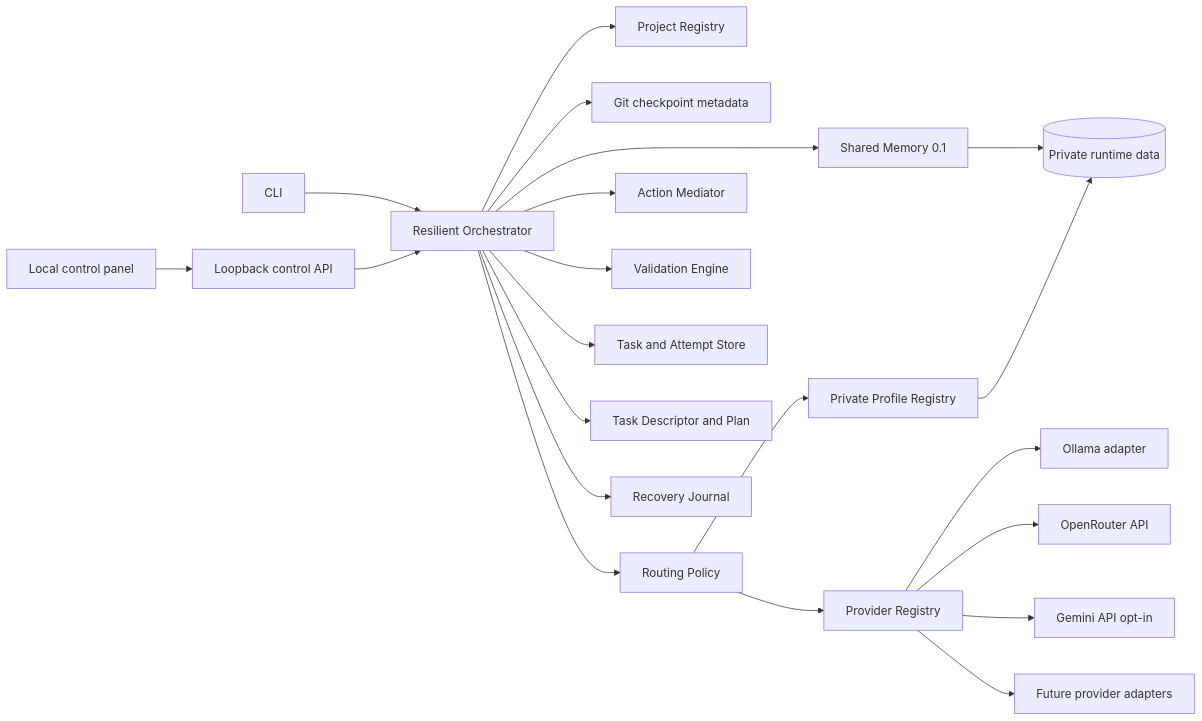
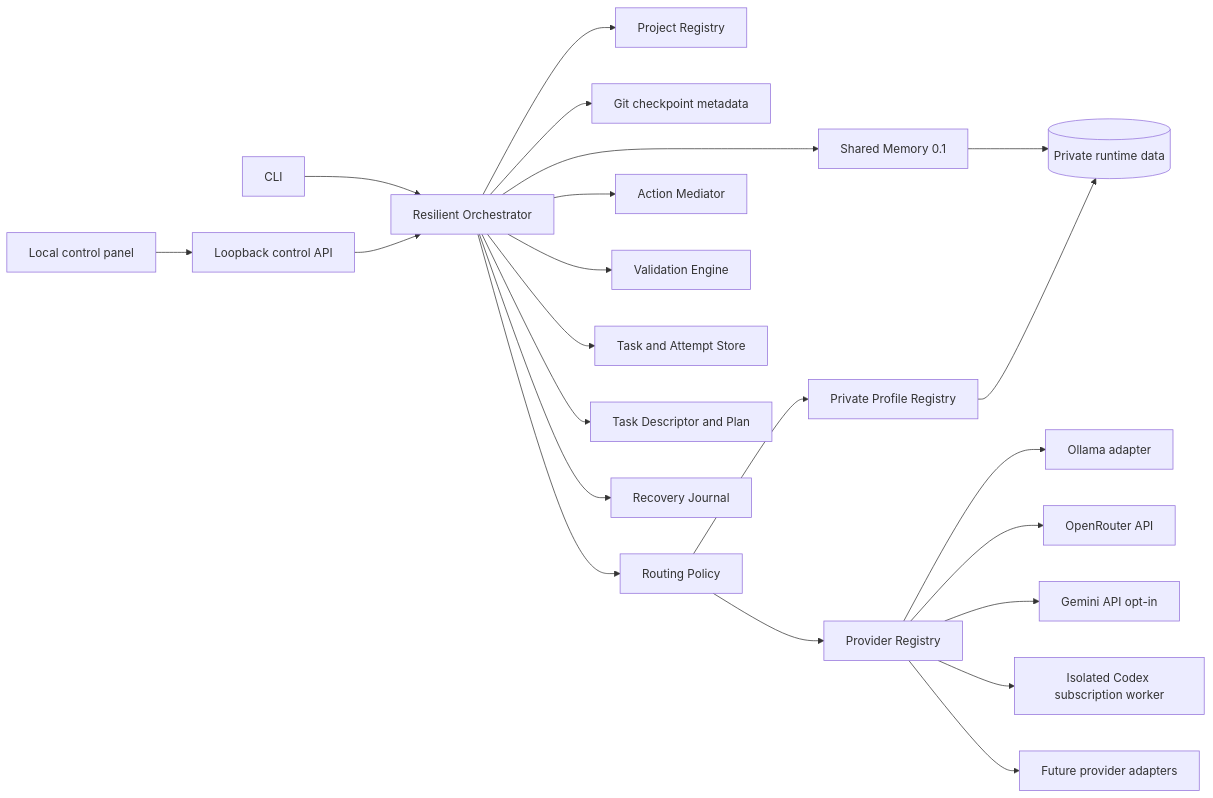
The diagram in README.md (ricdegre/AI-Router), drawn with Mermaid before and after one commit. The commit also changed other lines of this file and 20 other files, not shown here.

Commit message:
Add isolated ChatGPT Pro worker integration

````diff
--- a/README.md
+++ b/README.md
@@ -43,23 +44,24 @@
 ```mermaid
 flowchart LR
     UI[Local control panel] --> API[Loopback control API]
     CLI[CLI] --> ORCH[Resilient Orchestrator]
     API --> ORCH
     ORCH --> REG[Project Registry]
     ORCH --> MEM[Shared Memory 0.1]
     ORCH --> GIT[Git checkpoint metadata]
     ORCH --> POLICY[Routing Policy]
     ORCH --> ACTIONS[Action Mediator]
     ORCH --> VALIDATE[Validation Engine]
     ORCH --> ATTEMPTS[Task and Attempt Store]
     ORCH --> DESC[Task Descriptor and Plan]
     ORCH --> JOURNAL[Recovery Journal]
     POLICY --> PREG[Provider Registry]
     POLICY --> PROFILES[Private Profile Registry]
     PREG --> OLLAMA[Ollama adapter]
     PREG --> OPENROUTER[OpenRouter API]
     PREG --> GEMINI[Gemini API opt-in]
+    PREG --> CODEX[Isolated Codex subscription worker]
     PREG --> FUTURE[Future provider adapters]
     MEM --> DATA[(Private runtime data)]
     PROFILES --> DATA
 ```
````
